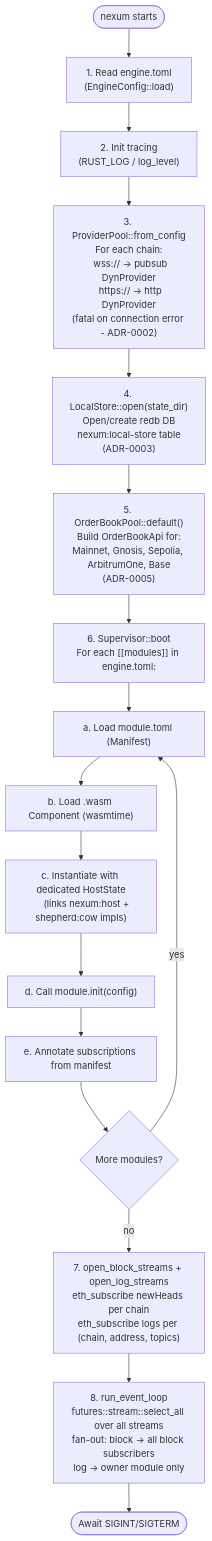
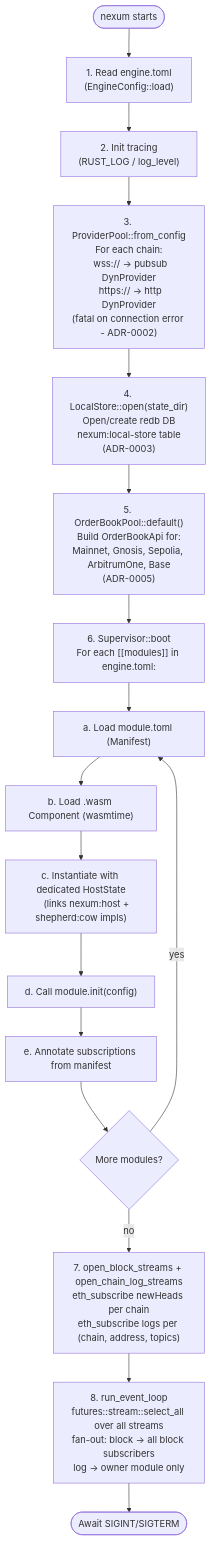
The fourth of 8 diagrams in docs/diagrams/diagrams.md (nullislabs/shepherd), drawn with Mermaid before and after one commit. The commit also changed other lines of this file and 34 other files, not shown here.

````diff
--- a/docs/diagrams/diagrams.md
+++ b/docs/diagrams/diagrams.md
@@ -200,27 +200,27 @@
 ```mermaid
 flowchart TD
     Start([nexum starts]) --> ReadConfig
     ReadConfig["1. Read engine.toml\n(EngineConfig::load)"]
     ReadConfig --> InitTracing
     InitTracing["2. Init tracing\n(RUST_LOG / log_level)"]
     InitTracing --> ProvPool
     ProvPool["3. ProviderPool::from_config\nFor each chain:\n  wss:// → pubsub DynProvider\n  https:// → http DynProvider\n(fatal on connection error - ADR-0002)"]
     ProvPool --> OpenStore
     OpenStore["4. LocalStore::open(state_dir)\nOpen/create redb DB\nnexum:local-store table\n(ADR-0003)"]
     OpenStore --> OBPoolInit
     OBPoolInit["5. OrderBookPool::default()\nBuild OrderBookApi for:\nMainnet, Gnosis, Sepolia, ArbitrumOne, Base\n(ADR-0005)"]
     OBPoolInit --> SupervisorBoot
     SupervisorBoot["6. Supervisor::boot\nFor each [[modules]] in engine.toml:"]
     SupervisorBoot --> LoadManifest["  a. Load module.toml (Manifest)"]
     LoadManifest --> LoadWasm["  b. Load .wasm Component (wasmtime)"]
     LoadWasm --> Instantiate["  c. Instantiate with dedicated HostState\n     (links nexum:host + shepherd:cow impls)"]
     Instantiate --> CallInit["  d. Call module.init(config)"]
     CallInit --> AnnotateSubs["  e. Annotate subscriptions from manifest"]
     AnnotateSubs --> MoreModules{More modules?}
     MoreModules -->|yes| LoadManifest
     MoreModules -->|no| OpenStreams
-    OpenStreams["7. open_block_streams + open_log_streams\neth_subscribe newHeads per chain\neth_subscribe logs per (chain, address, topics)"]
+    OpenStreams["7. open_block_streams + open_chain_log_streams\neth_subscribe newHeads per chain\neth_subscribe logs per (chain, address, topics)"]
     OpenStreams --> RunLoop
     RunLoop["8. run_event_loop\nfutures::stream::select_all over all streams\nfan-out: block → all block subscribers\nlog → owner module only"]
     RunLoop --> Wait([Await SIGINT/SIGTERM])
 ```
````
